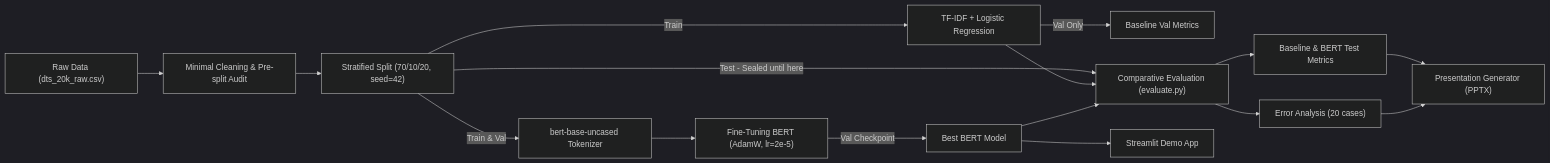
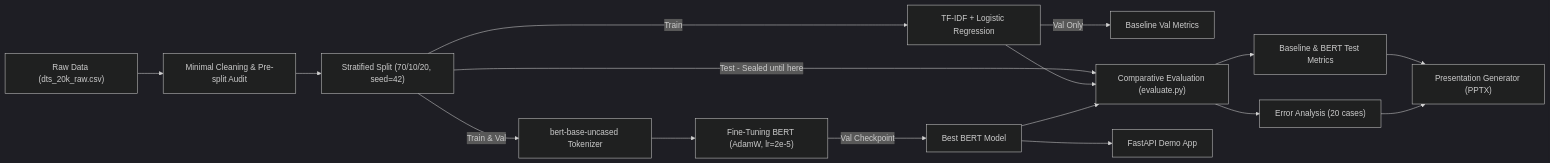
The diagram in docs/02_project_spec.md (SCuong/Bert), drawn with Mermaid (dark theme) before and after one commit. The commit also changed other lines of this file and 16 other files, not shown here.

Commit message:
feat: replace Streamlit demo with custom BERT web interface

````diff
--- a/docs/02_project_spec.md
+++ b/docs/02_project_spec.md
@@ -79,16 +79,16 @@
 ```mermaid
 flowchart LR
     A["Raw Data (dts_20k_raw.csv)"] --> B["Minimal Cleaning & Pre-split Audit"]
     B --> C["Stratified Split (70/10/20, seed=42)"]
     C -->|Train| D1["TF-IDF + Logistic Regression"]
     C -->|Train & Val| D2["bert-base-uncased Tokenizer"]
     D2 --> E["Fine-Tuning BERT (AdamW, lr=2e-5)"]
     D1 -->|Val Only| F1["Baseline Val Metrics"]
     E -->|Val Checkpoint| F2["Best BERT Model"]
     C -->|Test - Sealed until here| G["Comparative Evaluation (evaluate.py)"]
     D1 & F2 --> G
     G --> H["Baseline & BERT Test Metrics"]
     G --> I["Error Analysis (20 cases)"]
-    F2 --> J["Streamlit Demo App"]
+    F2 --> J["FastAPI Demo App"]
     H & I --> K["Presentation Generator (PPTX)"]
 ```
````
